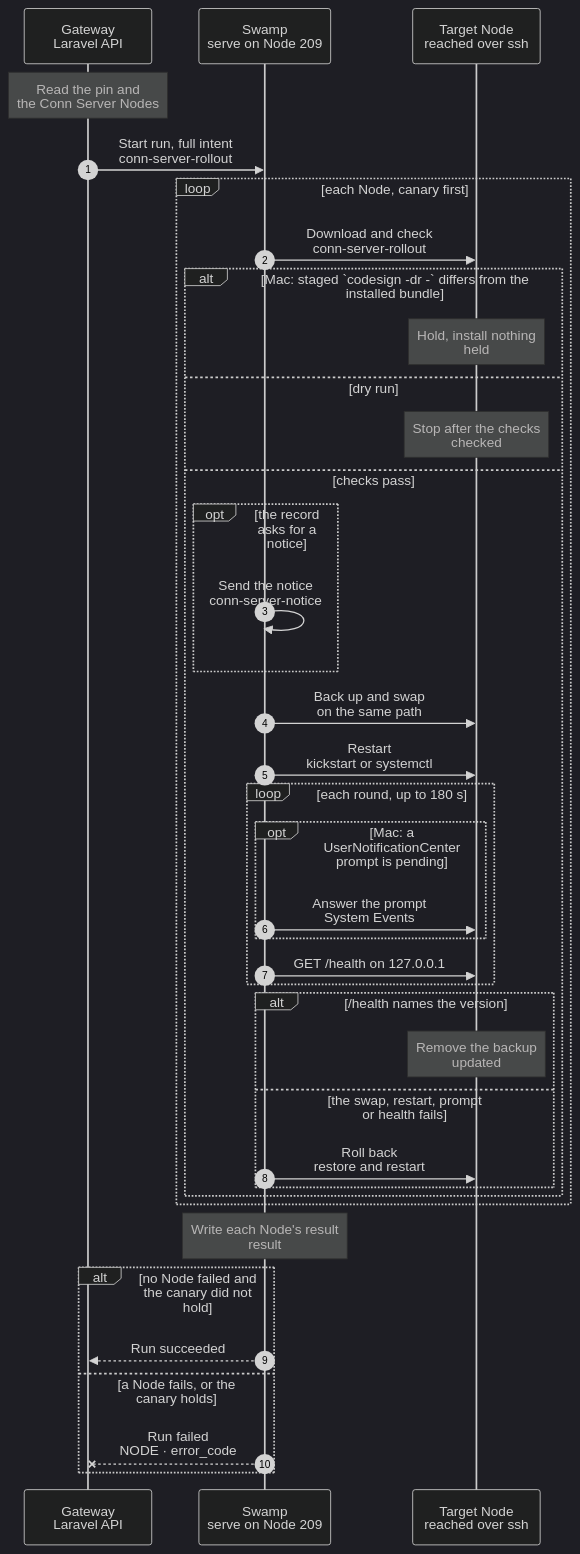
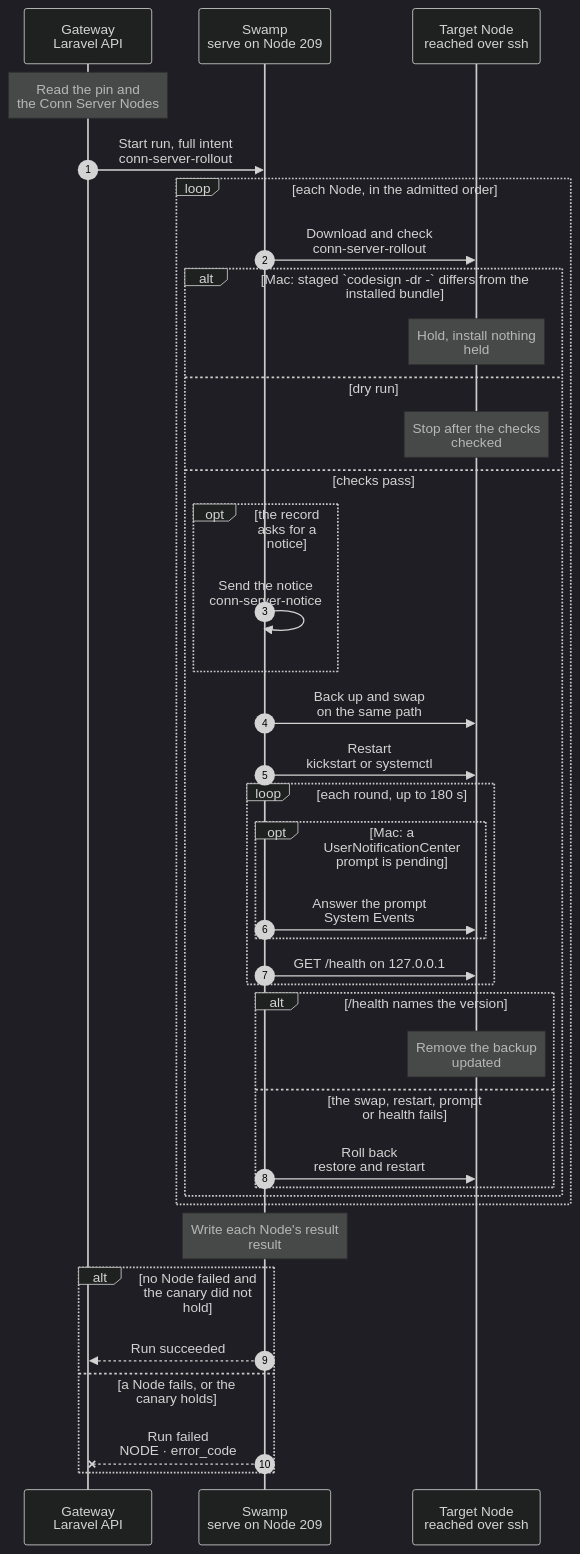
Before and after one commit to hardimpactdev/orbit: the diagram in docs/cli/fleet/conn-server-rollout.mmd, drawn with Mermaid (dark theme). The commit also changed 6 other files, not shown here.

First line of the commit message:
Let a Conn Server rollout name the Nodes it reaches with scope nodes

```diff
--- a/docs/cli/fleet/conn-server-rollout.mmd
+++ b/docs/cli/fleet/conn-server-rollout.mmd
@@ -1,87 +1,88 @@
 sequenceDiagram
-  %% One Ansible phase, conn-server-rollout.yml, visits the Conn Server Nodes one at a time, canary first. docs/reference/development-containers.md#conn-server-rollout.
+  %% One Ansible phase, conn-server-rollout.yml, visits the admitted Conn Server Nodes one at a time, in order. docs/reference/development-containers.md#conn-server-rollout.
   %% status: draft
   %% command: none · POST /api/v1/fleet/conn-server/rollout
   %% kind: fleet.conn_server_rollout
   autonumber
   %% lane GW icon=gateway pill=intent tone=blue
   %% lane SW icon=workflow pill=executes tone=green
   %% lane N icon=server pill=target tone=amber
   participant GW as Gateway<br/>Laravel API
   participant SW as Swamp<br/>serve on Node 209
   participant N as Target Node<br/>reached over ssh
   Note over GW: Read the pin and<br/>the Conn Server Nodes
   %%> When:
   %%> - an operator posts `{"dry_run", "scope"}` to `POST /api/v1/fleet/conn-server/rollout`; both are required, so no default reaches the whole fleet
+  %%> - scope `nodes` also takes `node_ids`, one to four ids that each have a record, or a validation error; `node_ids` with another scope is refused
   %%> - nothing starts it from a pin change
   %%> Requirements:
   %%> - the agent folder's `conn-server` pin names a `macos_arm64` app, or `conn_server.pin_unavailable`
   %%> - exactly one `conn_server_nodes` record is the canary, or `conn_server.canary_unset`
   %%> Picks:
-  %%> - scope `canary`: the canary alone; scope `fleet`: the canary, then the other records in Node order
+  %%> - scope `canary`: the canary alone; scope `fleet`: the canary, then the other records in Node order; scope `nodes`: the named records alone, in the request's order
   %%> - each record names platform, path, service, port, user and whether to notify before the restart; Nodes without one and container Conn Servers are out of scope
   GW->>SW: Start run, full intent<br/>conn-server-rollout
   %%> Input:
   %%> - version, dry run, the Linux tarball and macOS zip with their SHA-256, bundle id and team, the notice target, and each Node with its SSH target
   %%> Requirements:
   %%> - at most four Nodes, so the 8,100 s deadline covers each Node's worst case and its rollback, or `conn_server.too_many_nodes`
-  loop each Node, canary first
+  loop each Node, in the admitted order
     SW->>N: Download and check<br/>conn-server-rollout
     %%> What it does:
     %%> - downloads the asset into a staging folder beside the install and checks its SHA-256, or `conn_server.hash_mismatch`
     %%> - Mac: `codesign --verify --strict --deep`, the pin's `TeamIdentifier` and bundle id, or `conn_server.signature_invalid`, `team_mismatch`, `bundle_mismatch`
     %%> - Linux: the unit's `ExecStart` is `<current>/conn-server` and the tarball holds `conn-server-<X>-linux-x64/conn-server`, or `conn_server.layout_mismatch`
     alt Mac: staged `codesign -dr -` differs from the installed bundle
       Note over N: Hold, install nothing<br/>held
       %%> Why:
       %%> - a new designated requirement resets the TCC grants; a held canary stops the run, a held later Node does not
     else dry run
       Note over N: Stop after the checks<br/>checked
     else checks pass
       opt the record asks for a notice
         SW->>SW: Send the notice<br/>conn-server-notice
         %%> What it does:
         %%> - posts or runs `orbit.conn.server_rollout_notice` before anything changes; a failed notice fails the Node (`conn_server.notice_failed`)
         %%> - logs neither the URL, the command nor their output
       end
       SW->>N: Back up and swap<br/>on the same path
       %%> What it does:
       %%> - Mac: a new backup folder (`conn_server.backup_exists` when it exists), the installed bundle into it, the staged bundle onto the same path, so TCC grants stay
       %%> - Linux: a new `releases/<X>-<run>` folder, then `current` moves to it with one rename
       SW->>N: Restart<br/>kickstart or systemctl
       %%> What it does:
       %%> - Mac: `launchctl kickstart -k gui/<uid>/<label>`, never a start from the SSH session; Linux: restarts the unit
       %%> - never reads or prints a LaunchAgent plist; every command has a task timeout
       loop each round, up to 180 s
         opt Mac: a UserNotificationCenter prompt is pending
           SW->>N: Answer the prompt<br/>System Events
           %%> What it does:
           %%> - reads the prompt's static texts and clicks Allow only on a Conn Server prompt for an expected permission
           %%> - any other prompt fails the Node (`conn_server.unexpected_prompt`)
         end
         SW->>N: GET /health on 127.0.0.1
         %%> What it does:
         %%> - waits for `server: conn-server` and the pin's version
       end
       alt /health names the version
         Note over N: Remove the backup<br/>updated
       else the swap, restart, prompt or health fails
         SW->>N: Roll back<br/>restore and restart
         %%> What it does:
         %%> - Mac: sets the new bundle aside, puts the backup back on the path and kickstarts again; Linux: points `current` back and restarts
         %%> - the Node fails with its cause, `conn_server.health_check_failed` when `/health` never names the version; `rolled_back` is true when the old version answers
       end
     end
   end
   Note over SW: Write each Node's result<br/>result
   alt no Node failed and the canary did not hold
     SW-->>GW: Run succeeded
     %%> Result:
     %%> - the Operation result lists each Node's outcome: `updated`, `checked` or `held`
   else a Node fails, or the canary holds
     SW--xGW: Run failed<br/>NODE · error_code
     %%> Result:
     %%> - `error_code` is `conn_server.node_failed`, or `conn_server.canary_held` when the canary held
     %%> Why stop:
     %%> - later Nodes are not visited and report `not_reached`, so one bad release reaches at most one Node
   end
```
